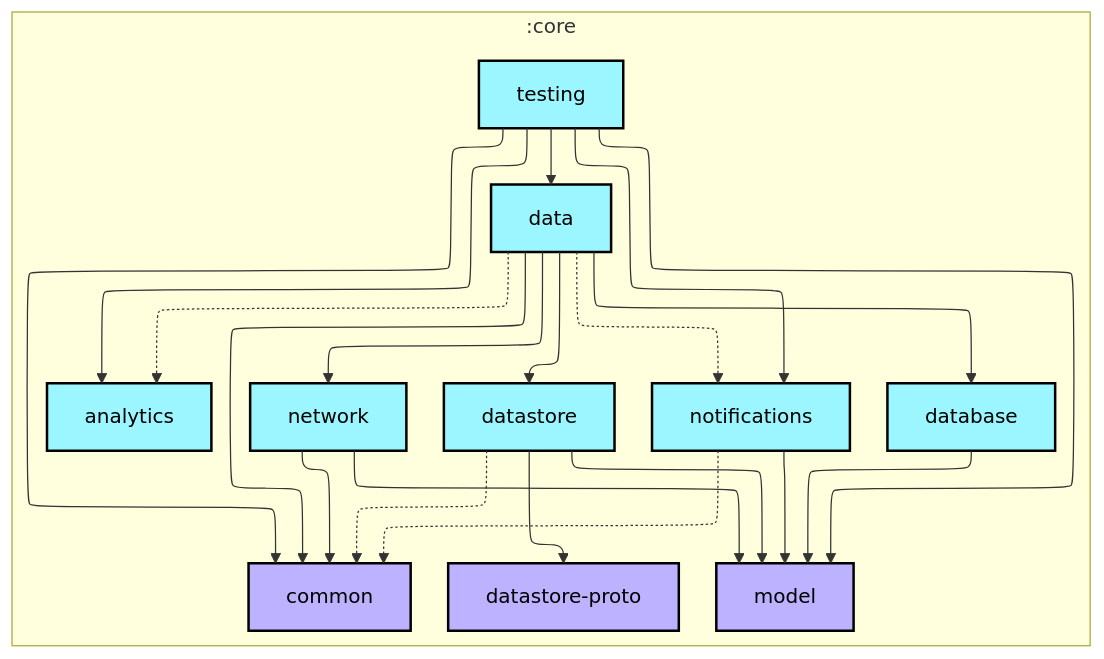
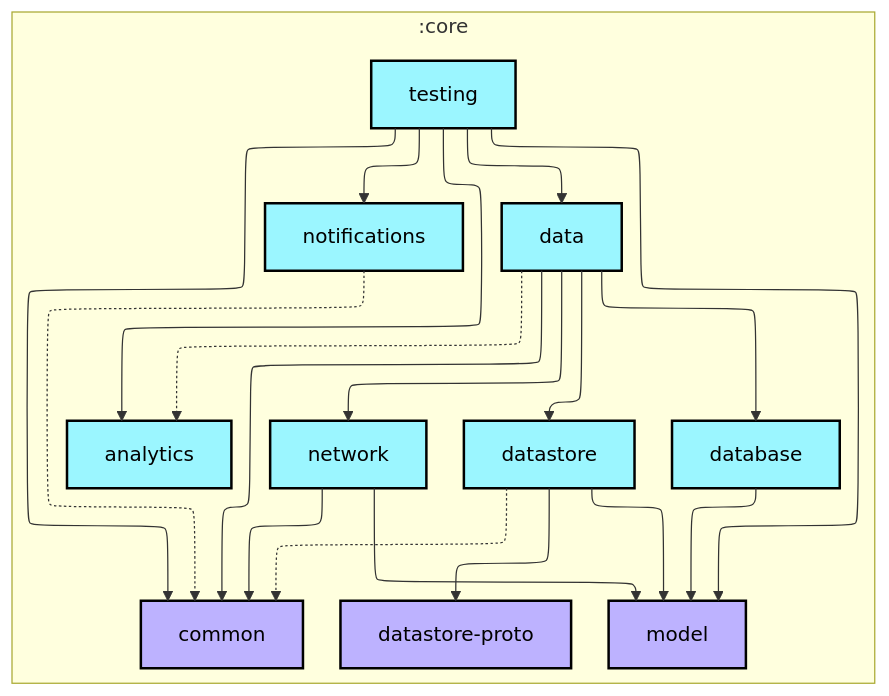
One commit to weiyuhl/nowinandroidtest changed the first of 2 diagrams in core/testing/README.md. Above: the diagram before and after it, drawn with Mermaid. The commit also changed other lines of this file and 207 other files, not shown here.

````diff
--- a/core/testing/README.md
+++ b/core/testing/README.md
@@ -6,49 +6,47 @@
 ```mermaid
 ---
 config:
   layout: elk
   elk:
     nodePlacementStrategy: SIMPLE
 ---
 graph TB
   subgraph :core
     direction TB
     :core:analytics[analytics]:::android-library
     :core:common[common]:::jvm-library
     :core:data[data]:::android-library
     :core:database[database]:::android-library
     :core:datastore[datastore]:::android-library
     :core:datastore-proto[datastore-proto]:::jvm-library
     :core:model[model]:::jvm-library
     :core:network[network]:::android-library
     :core:notifications[notifications]:::android-library
     :core:testing[testing]:::android-library
   end
 
   :core:data -.-> :core:analytics
   :core:data --> :core:common
   :core:data --> :core:database
   :core:data --> :core:datastore
   :core:data --> :core:network
-  :core:data -.-> :core:notifications
   :core:database --> :core:model
   :core:datastore -.-> :core:common
   :core:datastore --> :core:datastore-proto
   :core:datastore --> :core:model
   :core:network --> :core:common
   :core:network --> :core:model
   :core:notifications -.-> :core:common
-  :core:notifications --> :core:model
   :core:testing --> :core:analytics
   :core:testing --> :core:common
   :core:testing --> :core:data
   :core:testing --> :core:model
   :core:testing --> :core:notifications
 
 classDef android-application fill:#CAFFBF,stroke:#000,stroke-width:2px,color:#000;
-classDef android-feature fill:#FFD6A5,stroke:#000,stroke-width:2px,color:#000;
+classDef android-route fill:#FFD6A5,stroke:#000,stroke-width:2px,color:#000;
 classDef android-library fill:#9BF6FF,stroke:#000,stroke-width:2px,color:#000;
 classDef android-test fill:#A0C4FF,stroke:#000,stroke-width:2px,color:#000;
 classDef jvm-library fill:#BDB2FF,stroke:#000,stroke-width:2px,color:#000;
 classDef unknown fill:#FFADAD,stroke:#000,stroke-width:2px,color:#000;
 ```
````
